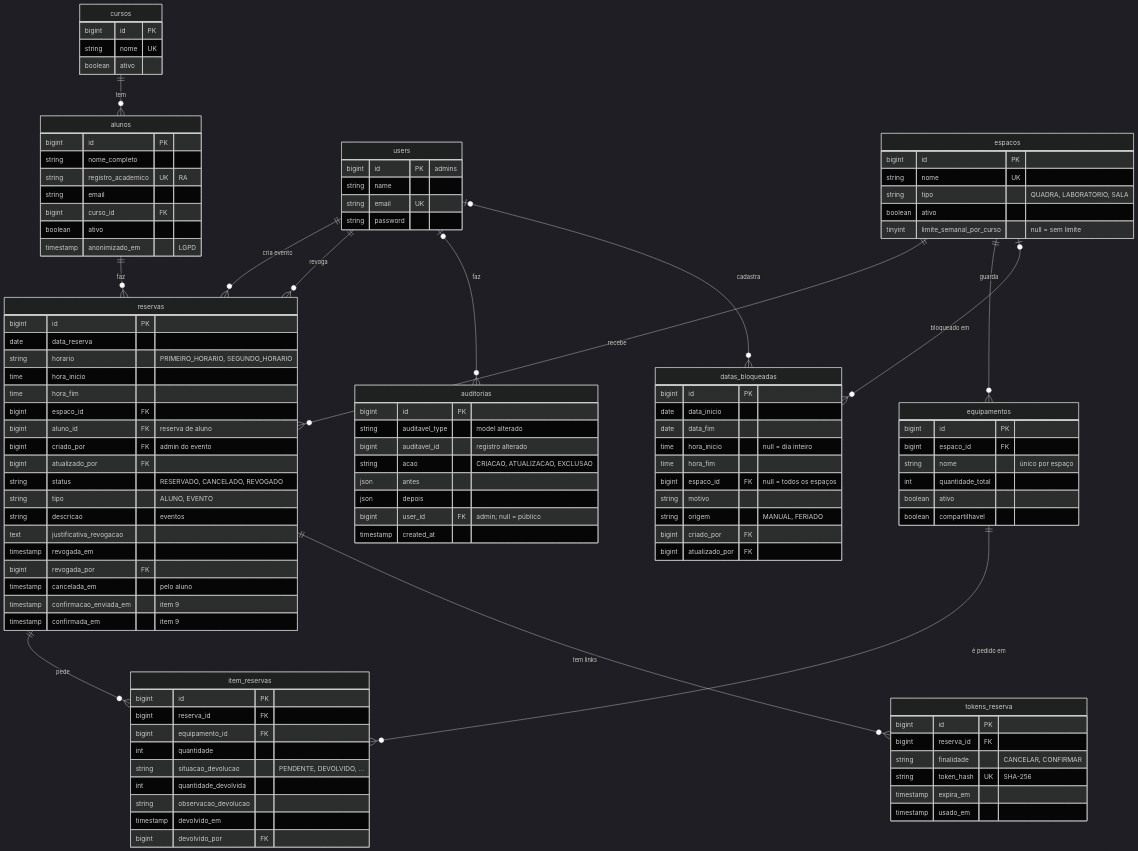
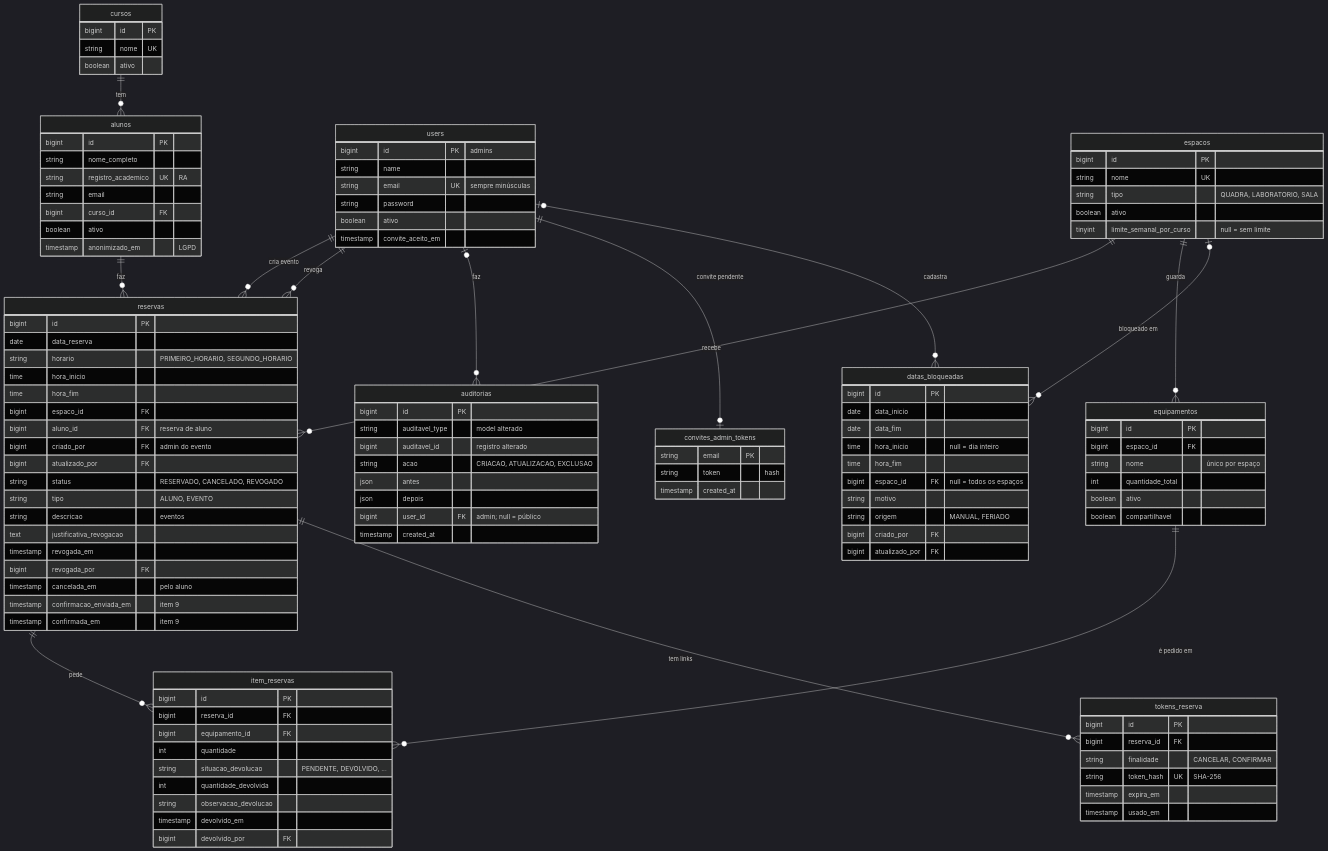
The diagram in DATABASE.md (ericjunq/reserva-quadra), drawn with Mermaid (dark theme) before and after one commit. The commit also changed other lines of this file and 3 other files, not shown here.

```diff
--- a/DATABASE.md
+++ b/DATABASE.md
@@ -19,6 +19,7 @@
     espacos ||--o{ reservas : "recebe"
     espacos ||--o{ equipamentos : "guarda"
     users |o--o{ auditorias : "faz"
+    users ||--o| convites_admin_tokens : "convite pendente"
     espacos |o--o{ datas_bloqueadas : "bloqueado em"
     users |o--o{ datas_bloqueadas : "cadastra"
     reservas ||--o{ item_reservas : "pede"
@@ -44,8 +45,16 @@
     users {
         bigint id PK "admins"
         string name
-        string email UK
+        string email UK "sempre minúsculas"
         string password
+        boolean ativo
+        timestamp convite_aceito_em
+    }
+
+    convites_admin_tokens {
+        string email PK
+        string token "hash"
+        timestamp created_at
     }
 
     espacos {
```
